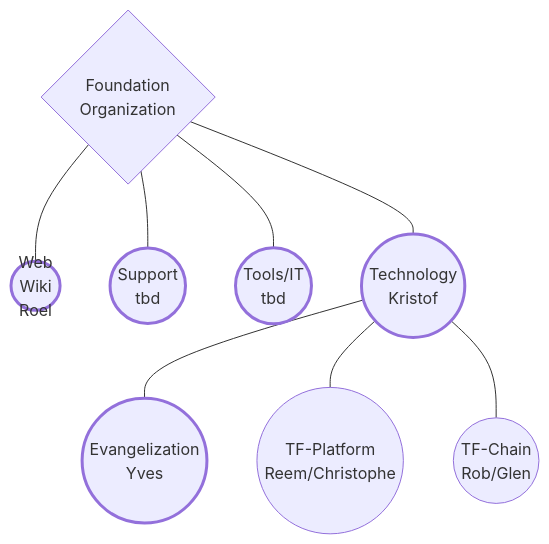
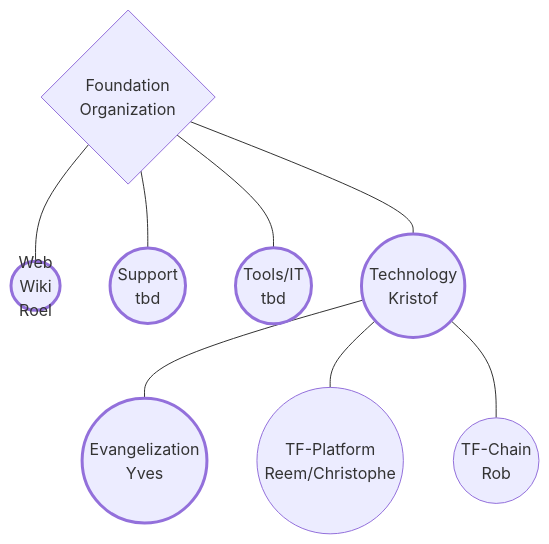
One commit to xmonader/info_foundation changed the second of 2 diagrams in docs/circles/README.md. Above: the diagram before and after it, drawn with Mermaid. The commit also changed other lines of this file, not shown here.

````diff
--- a/docs/circles/README.md
+++ b/docs/circles/README.md
@@ -38,20 +38,20 @@
 ```mermaid
 
 graph TB; 
     Foundation{Foundation<br>Organization}
     Foundation --- Web((Web<br>Wiki<br>Roel))
     Foundation --- Support((Support<br>tbd))
     Foundation --- IT((Tools/IT<br>tbd))
     Foundation --- Tech((Technology<br>Kristof))
 
     Tech  --- Evangelization((Evangelization<br>Yves))
     Tech  --- TFPlatform((TF-Platform<br>Reem/Christophe))
-    Tech  --- TFCHain((TF-Chain<br>Rob/Glen))
+    Tech  --- TFCHain((TF-Chain<br>Rob))
 
     classDef circle text-align:center,stroke:#33,stroke-width:3px;  
 
     class Web,Support,IT,Tech,Evangelization circle;
 
-    click TFGRID "/circles/foundation/grid/grid.md"
+    click TFGRID "https://threefoldfoundation.github.io/info_foundation/#/circles/foundation/grid/grid"
 
 ```
````
